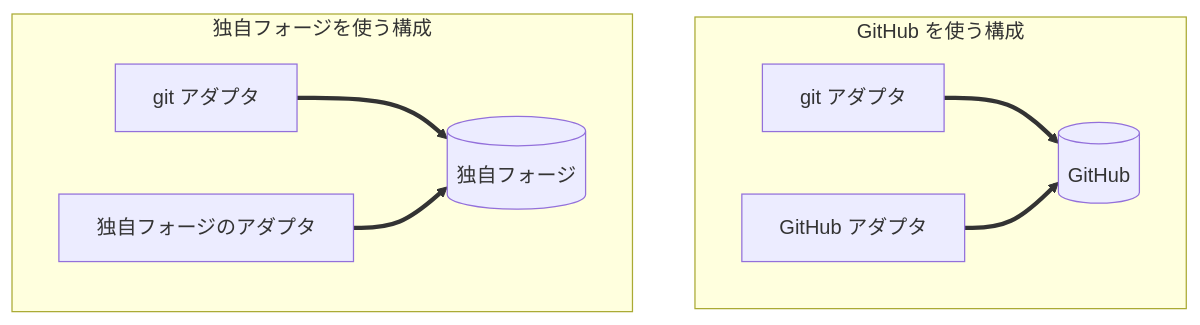
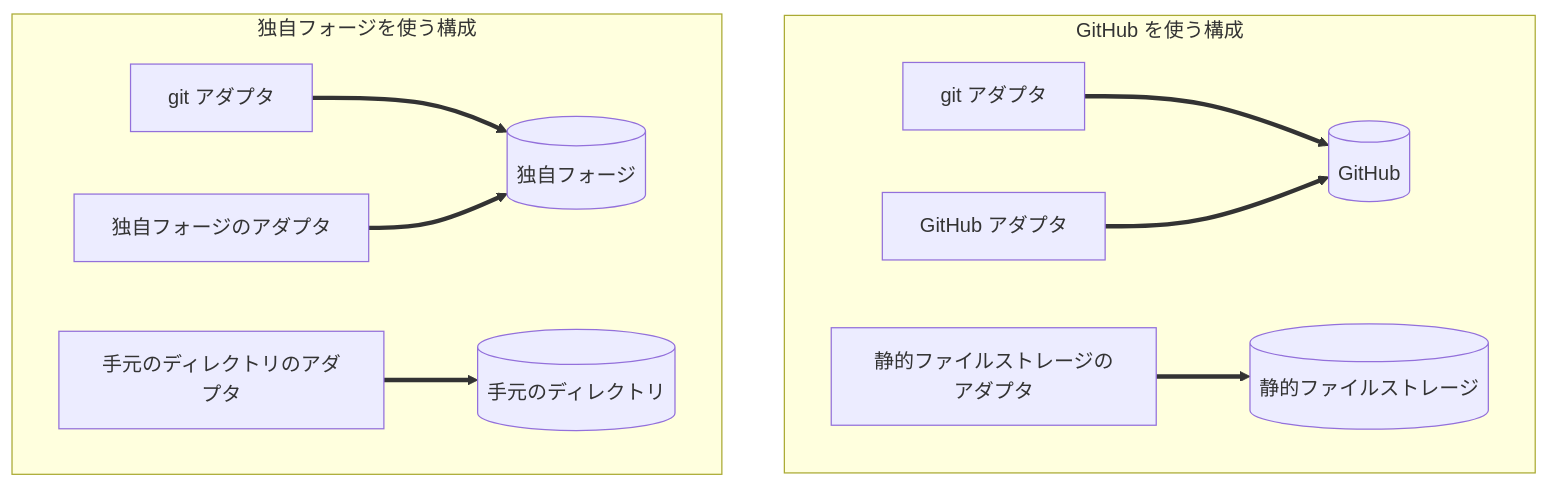
The diagram in design/adapters/README.md (yamambainc/logiforge), drawn with Mermaid before and after one commit. The commit also changed other lines of this file and 22 other files, not shown here.

````diff
--- a/design/adapters/README.md
+++ b/design/adapters/README.md
@@ -16,11 +17,13 @@
 ```mermaid
 flowchart TB
   subgraph G["GitHub を使う構成"]
     G1["git アダプタ"] ==> GH[("GitHub")]
     G2["GitHub アダプタ"] ==> GH
+    G3["静的ファイルストレージのアダプタ"] ==> OBJ[("静的ファイルストレージ")]
   end
   subgraph N["独自フォージを使う構成"]
     N1["git アダプタ"] ==> NF[("独自フォージ")]
     N2["独自フォージのアダプタ"] ==> NF
+    N3["手元のディレクトリのアダプタ"] ==> DIR[("手元のディレクトリ")]
   end
 ```
````
